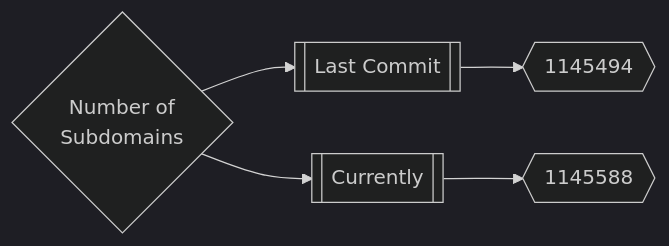
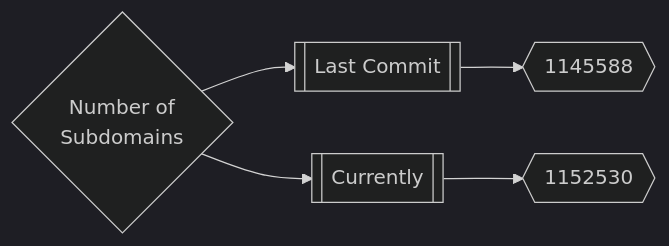
Before and after one commit to trickest/inventory: the first of 3 diagrams in README.md, drawn with Mermaid (dark theme). The commit also changed other lines of this file and 123 other files, not shown here.

````diff
--- a/README.md
+++ b/README.md
@@ -165,5 +165,5 @@
 ```mermaid
 graph LR
-title{Number of<br>Subdomains} --> subdomainsDate1[[Last Commit]] --> subdomainsNum1{{1145494}}
-title --> subdomainsDate2[[Currently]] --> subdomainsNum2{{1145588}}
+title{Number of<br>Subdomains} --> subdomainsDate1[[Last Commit]] --> subdomainsNum1{{1145588}}
+title --> subdomainsDate2[[Currently]] --> subdomainsNum2{{1152530}}
 ```
````
